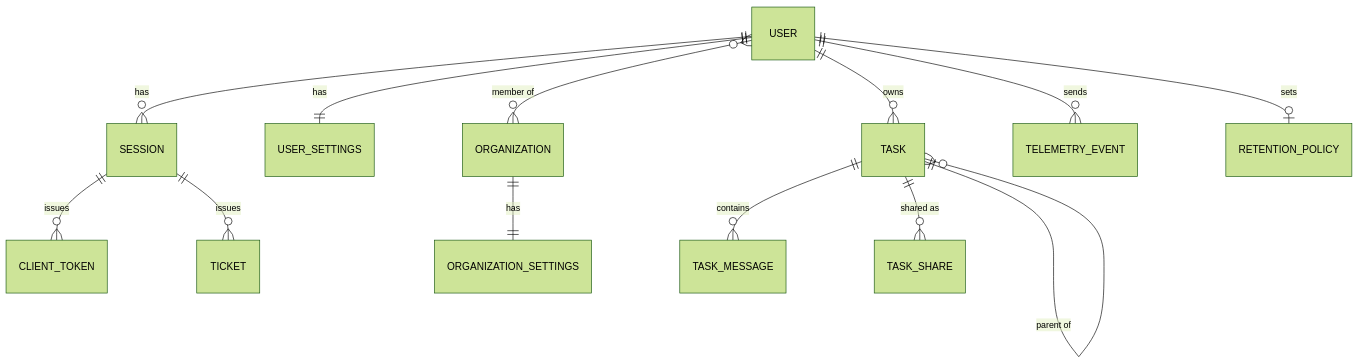
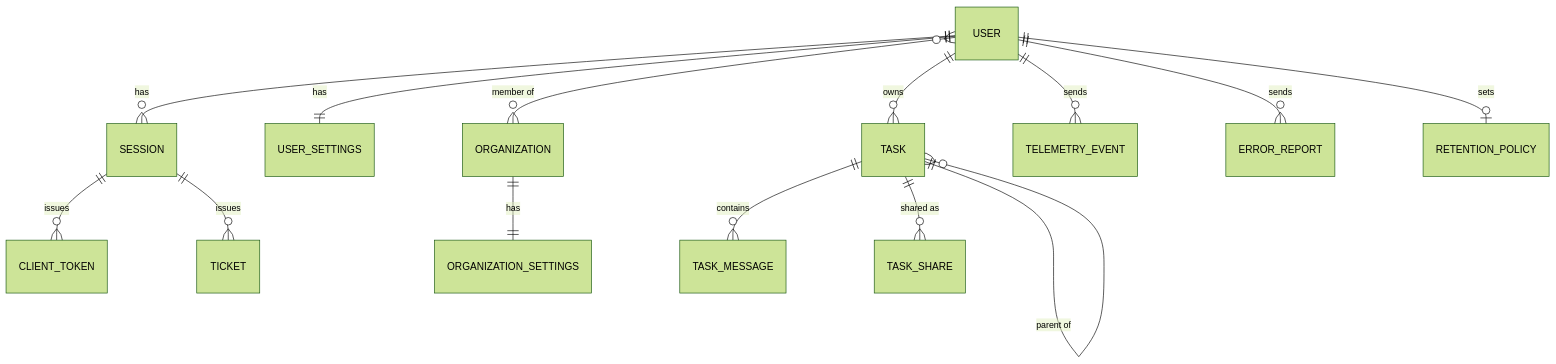
One commit to krzychdre/Tumble-Code changed the fourth of 4 diagrams in docs/08-cloud.md. Above: the diagram before and after it, drawn with Mermaid (forest theme). The commit also changed other lines of this file and 28 other files, not shown here.

First line of the commit message:
feat(cloud): problem report from error reports (ingestion, Problems page, drill-down, Markdown export) (#758)

````diff
--- a/docs/08-cloud.md
+++ b/docs/08-cloud.md
@@ -102,15 +102,16 @@
 ```mermaid
 erDiagram
   USER ||--o{ SESSION : has
   SESSION ||--o{ CLIENT_TOKEN : issues
   SESSION ||--o{ TICKET : issues
   USER ||--|| USER_SETTINGS : has
   USER }o--o{ ORGANIZATION : "member of"
   ORGANIZATION ||--|| ORGANIZATION_SETTINGS : has
   USER ||--o{ TASK : owns
   TASK ||--o{ TASK : "parent of"
   TASK ||--o{ TASK_MESSAGE : contains
   TASK ||--o{ TASK_SHARE : "shared as"
   USER ||--o{ TELEMETRY_EVENT : sends
+  USER ||--o{ ERROR_REPORT : sends
   USER ||--o| RETENTION_POLICY : sets
 ```
````
